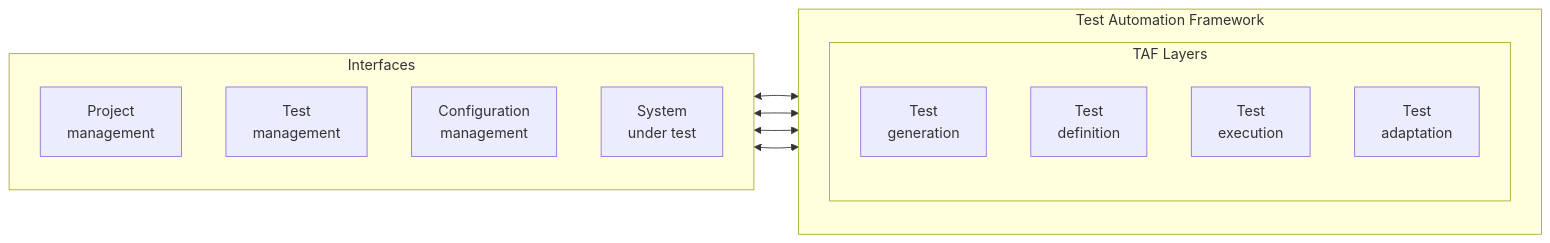
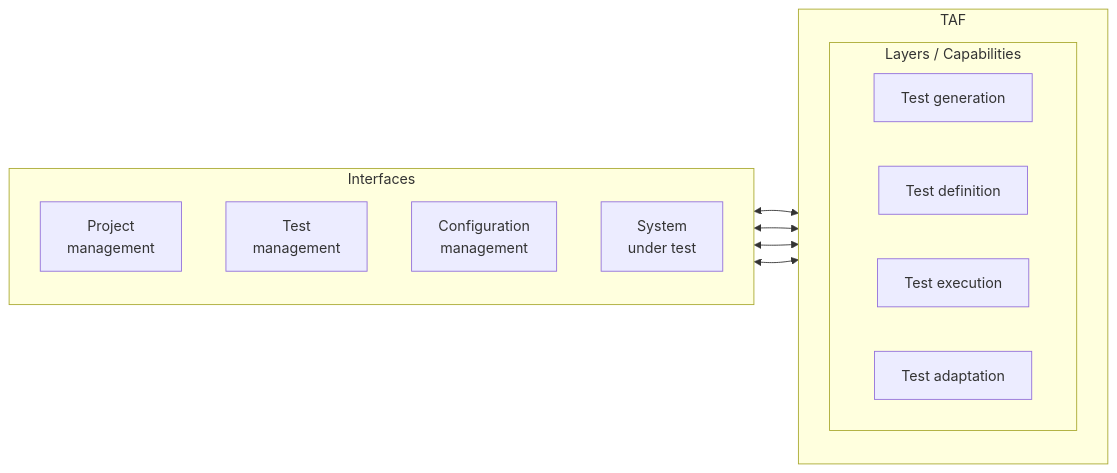
The first of 3 diagrams in ISTQB/CTAL-TAE/Chap3/Chap3 - Mooc.md (Nilcouv/Testing), drawn with Mermaid before and after one commit. The commit also changed other lines of this file, not shown here.

````diff
--- a/ISTQB/CTAL-TAE/Chap3/Chap3 - Mooc.md
+++ b/ISTQB/CTAL-TAE/Chap3/Chap3 - Mooc.md
@@ -28,25 +28,25 @@
 ```mermaid
 flowchart LR
     subgraph Interfaces["Interfaces"]
         direction TB
         GP["Project<br/>management"]
         GT["Test<br/>management"]
         GC["Configuration<br/>management"]
         SUT["System<br/>under test"]
     end
 
-    subgraph TAF["Test Automation Framework"]
-        subgraph Layers["TAF Layers"]
-            direction TB
-            Gen["Test<br/>generation"]
-            Def["Test<br/>definition"]
-            Exec["Test<br/>execution"]
-            Adapt["Test<br/>adaptation"]
+    subgraph TAF["TAF"]
+        subgraph Layers["Layers / Capabilities"]
+            direction LR
+            Gen["Test generation"]
+            Def["Test definition"]
+            Exec["Test execution"]
+            Adapt["Test adaptation"]
         end
     end
 
     GP <--> TAF
     GT <--> TAF
     GC <--> TAF
     SUT <--> TAF
 ```
````
